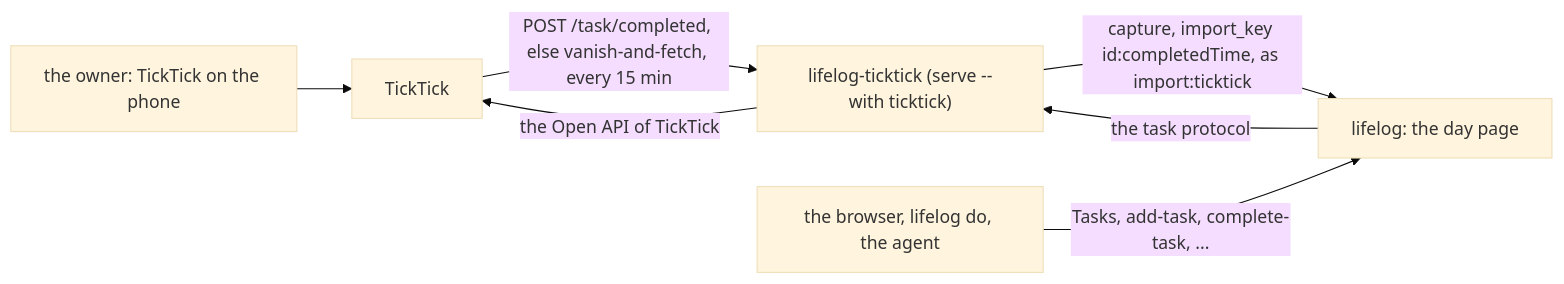
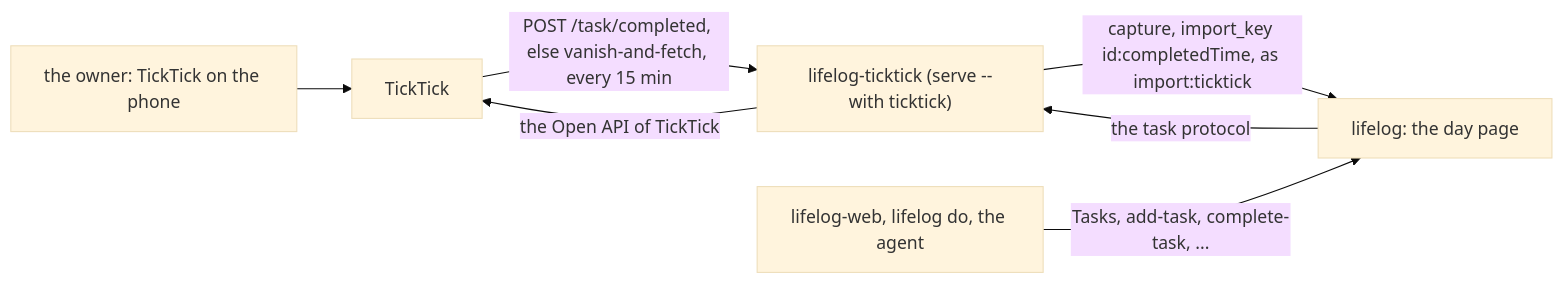
One commit to alexradunet/aminte changed the first of 2 diagrams in extensions/ticktick/README.md. Above: the diagram before and after it, drawn with Mermaid (base theme). The commit also changed other lines of this file and 13 other files, not shown here.

````diff
--- a/extensions/ticktick/README.md
+++ b/extensions/ticktick/README.md
@@ -12,9 +12,9 @@
 ```mermaid
 flowchart LR
   O["the owner: TickTick on the phone"] --> T["TickTick"]
   T -->|"POST /task/completed, else vanish-and-fetch, every 15 min"| C["lifelog-ticktick (serve --with ticktick)"]
   C -->|"capture, import_key id:completedTime, as import:ticktick"| L["lifelog: the day page"]
-  B["the browser, lifelog do, the agent"] -->|"Tasks, add-task, complete-task, ..."| L
+  B["lifelog-web, lifelog do, the agent"] -->|"Tasks, add-task, complete-task, ..."| L
   L -->|"the task protocol"| C
   C -->|"the Open API of TickTick"| T
 ```
````
